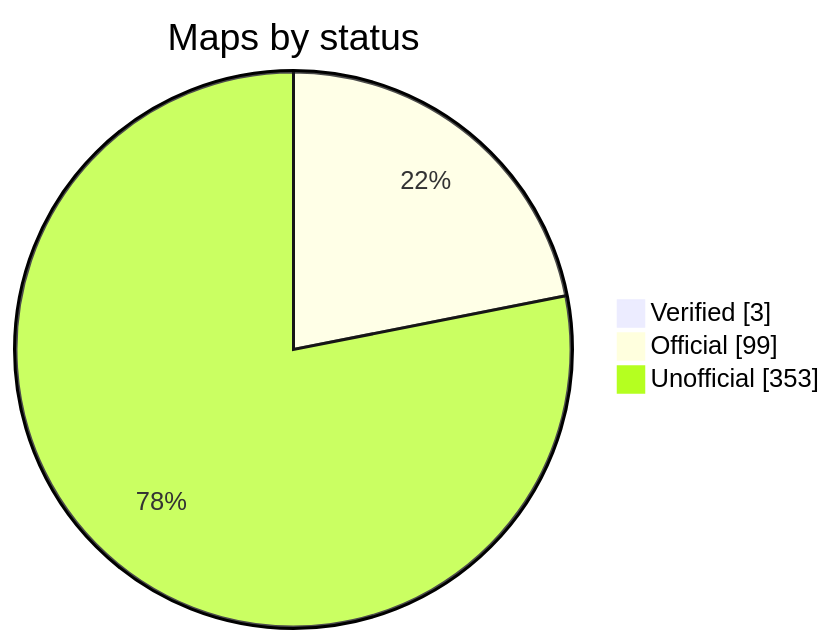
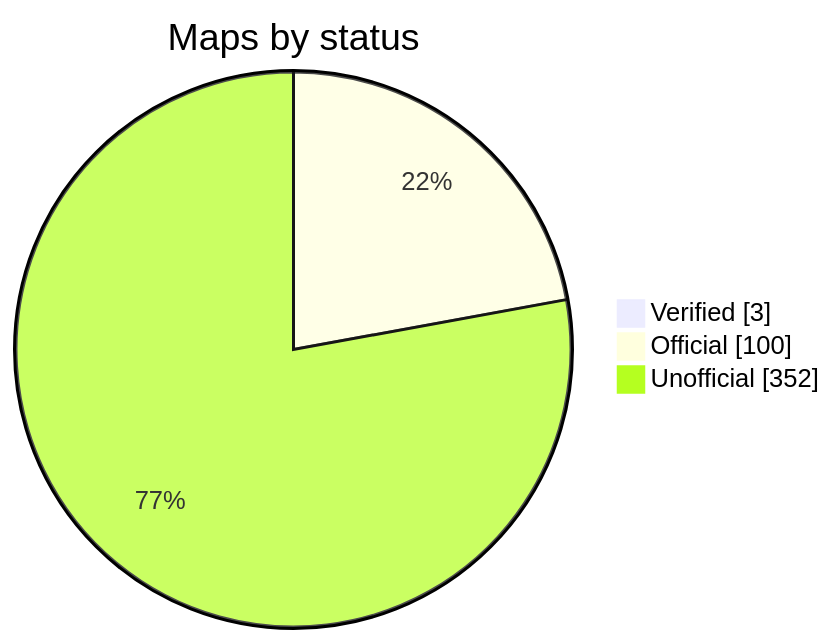
Before and after one commit to nobrega8/mbmap-library: the diagram in README.md, drawn with Mermaid. The commit also changed 2 other files, not shown here.

Commit message:
Rewrite the BTicino F4N200 map from the BTicino Modbus table
From BTicino's F4N200 Modbus table (IDP000050EN_02): measures,
averages, crest factors, displacements, inputs, max/min, energies and
harmonics as input registers with their scale and units (powers and
energies note the CT×VT dependent scale), the device identifier 0006h
as model and reference, and the settings, output setup and commands
with their enums, limits and the unlock/save procedure. Marked
official.

````diff
--- a/README.md
+++ b/README.md
@@ -48,7 +48,7 @@
 ```mermaid
 pie showData
     title Maps by status
     "Verified" : 3
-    "Official" : 99
-    "Unofficial" : 353
+    "Official" : 100
+    "Unofficial" : 352
 ```
````
